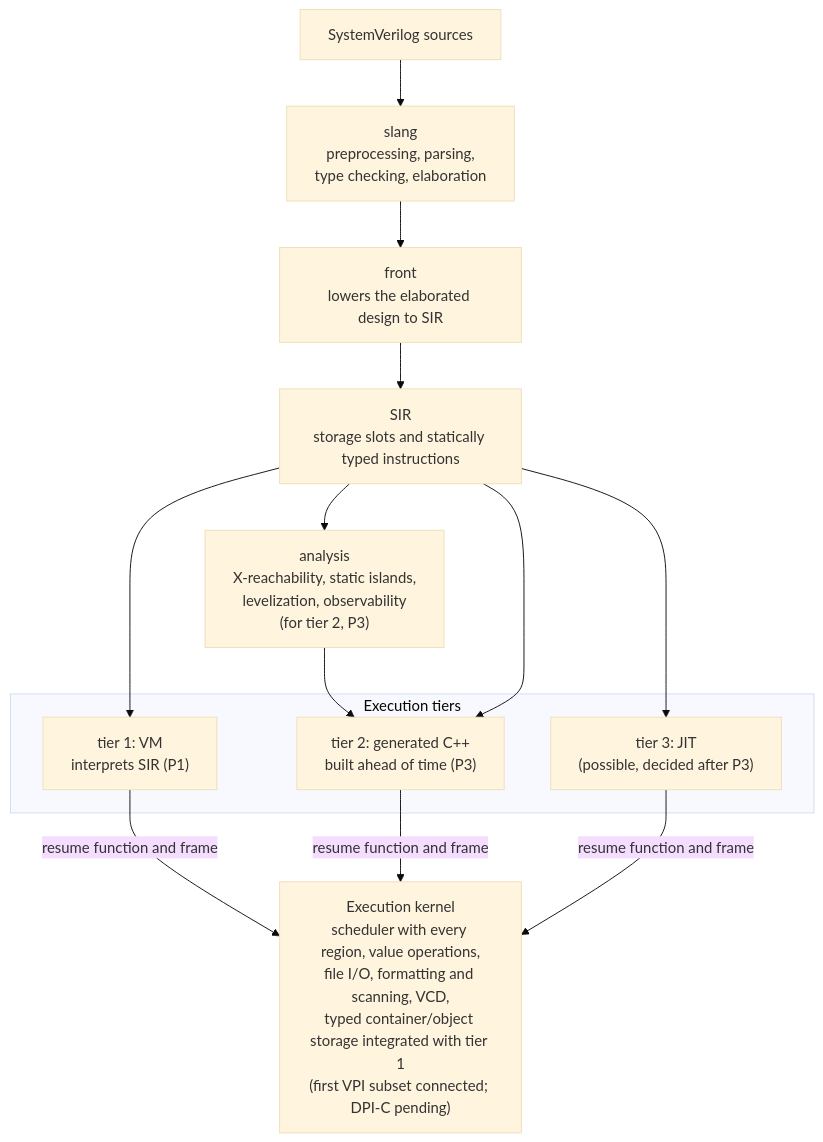
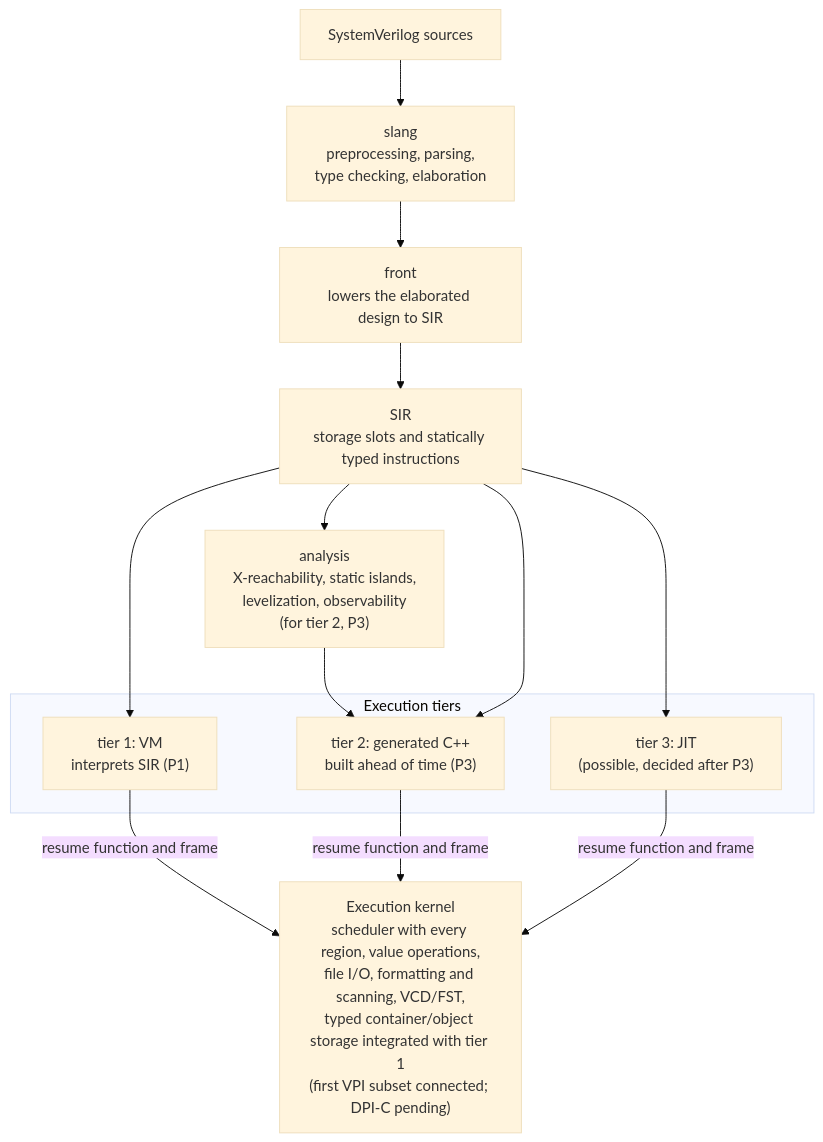
Before and after one commit to kurochan001/kirimasim: the first of 2 diagrams in docs/ARCHITECTURE.md, drawn with Mermaid (base theme). The commit also changed other lines of this file and 51 other files, not shown here.

````diff
--- a/docs/ARCHITECTURE.md
+++ b/docs/ARCHITECTURE.md
@@ -18,22 +18,22 @@
 ```mermaid
 flowchart TD
     src["SystemVerilog sources"]
     slang["slang<br/>preprocessing, parsing,<br/>type checking, elaboration"]
     front["front<br/>lowers the elaborated design to SIR"]
     sir["SIR<br/>storage slots and statically typed instructions"]
     analysis["analysis<br/>X-reachability, static islands,<br/>levelization, observability<br/>(for tier 2, P3)"]
     subgraph tiers["Execution tiers"]
         t1["tier 1: VM<br/>interprets SIR (P1)"]
         t2["tier 2: generated C++<br/>built ahead of time (P3)"]
         t3["tier 3: JIT<br/>(possible, decided after P3)"]
     end
-    kernel["Execution kernel<br/>scheduler with every region, value operations,<br/>file I/O, formatting and scanning, VCD,<br/>typed container/object storage integrated with tier 1<br/>(first VPI subset connected; DPI-C pending)"]
+    kernel["Execution kernel<br/>scheduler with every region, value operations,<br/>file I/O, formatting and scanning, VCD/FST,<br/>typed container/object storage integrated with tier 1<br/>(first VPI subset connected; DPI-C pending)"]
     src --> slang --> front --> sir
     sir --> t1
     sir --> analysis --> t2
     sir --> t2
     sir --> t3
     t1 -->|"resume function and frame"| kernel
     t2 -->|"resume function and frame"| kernel
     t3 -->|"resume function and frame"| kernel
 ```
````
